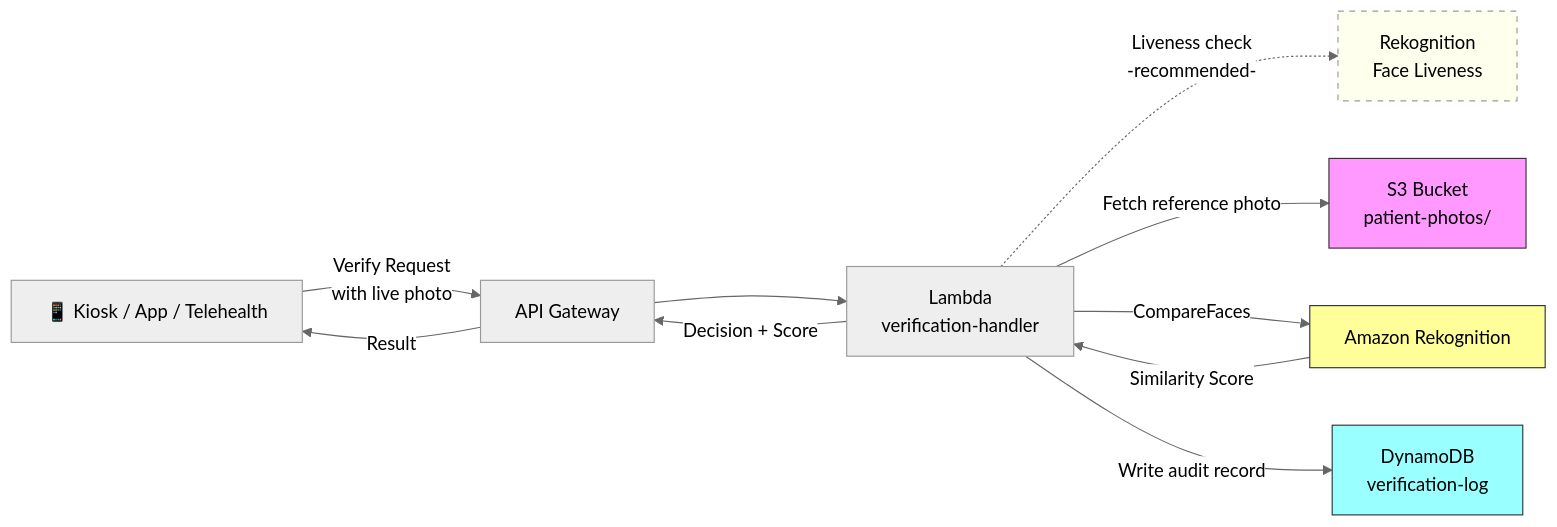
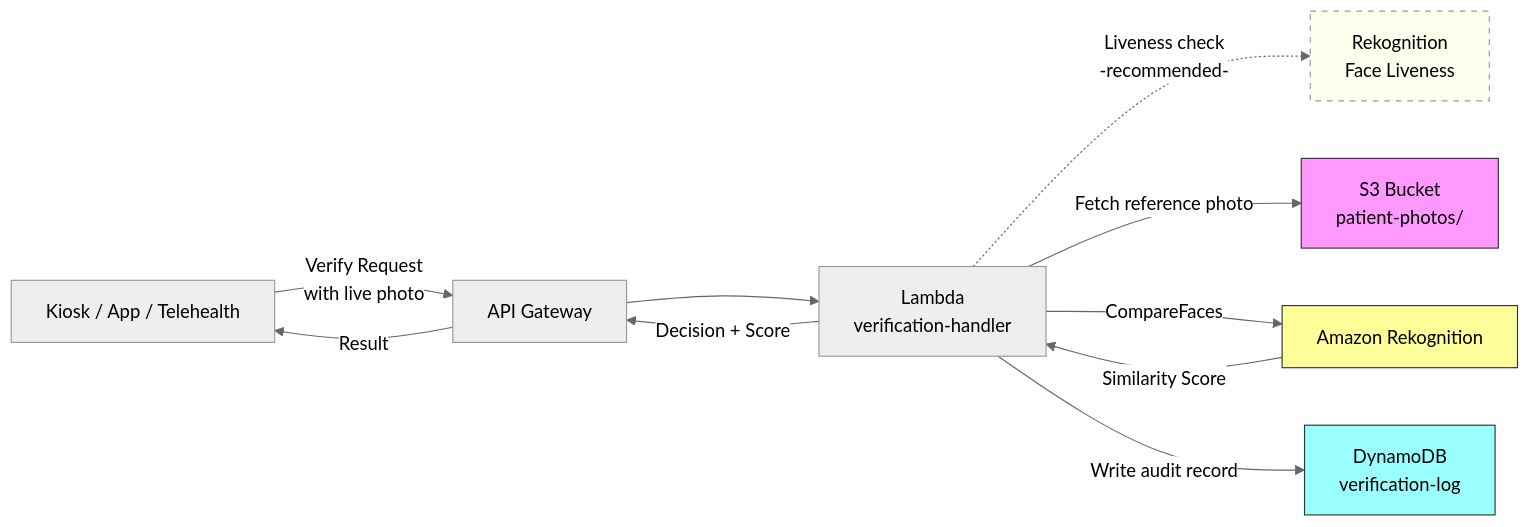
The diagram in chapter09.02-architecture.md (ccrngd1/HCLS-ai-book), drawn with Mermaid (neutral theme) before and after one commit. The commit also changed other lines of this file and 515 other files, not shown here.

````diff
--- a/chapter09.02-architecture.md
+++ b/chapter09.02-architecture.md
@@ -23,17 +23,17 @@
 ```mermaid
 flowchart LR
-    A[📱 Kiosk / App / Telehealth] -->|Verify Request\nwith live photo| B[API Gateway]
-    B --> C[Lambda\nverification-handler]
-    C -.->|Liveness check\n-recommended-| L[Rekognition\nFace Liveness]
-    C -->|Fetch reference photo| D[S3 Bucket\npatient-photos/]
-    C -->|CompareFaces| E[Amazon Rekognition]
-    E -->|Similarity Score| C
-    C -->|Write audit record| F[DynamoDB\nverification-log]
-    C -->|Decision + Score| B
-    B -->|Result| A
+ A[Kiosk / App / Telehealth] -->|Verify Request\nwith live photo| B[API Gateway]
+ B --> C[Lambda\nverification-handler]
+ C -.->|Liveness check\n-recommended-| L[Rekognition\nFace Liveness]
+ C -->|Fetch reference photo| D[S3 Bucket\npatient-photos/]
+ C -->|CompareFaces| E[Amazon Rekognition]
+ E -->|Similarity Score| C
+ C -->|Write audit record| F[DynamoDB\nverification-log]
+ C -->|Decision + Score| B
+ B -->|Result| A
 
-    style D fill:#f9f,stroke:#333
-    style E fill:#ff9,stroke:#333
-    style F fill:#9ff,stroke:#333
-    style L fill:#ffe,stroke:#999,stroke-dasharray: 5 5
+ style D fill:#f9f,stroke:#333
+ style E fill:#ff9,stroke:#333
+ style F fill:#9ff,stroke:#333
+ style L fill:#ffe,stroke:#999,stroke-dasharray: 5 5
 ```
````
